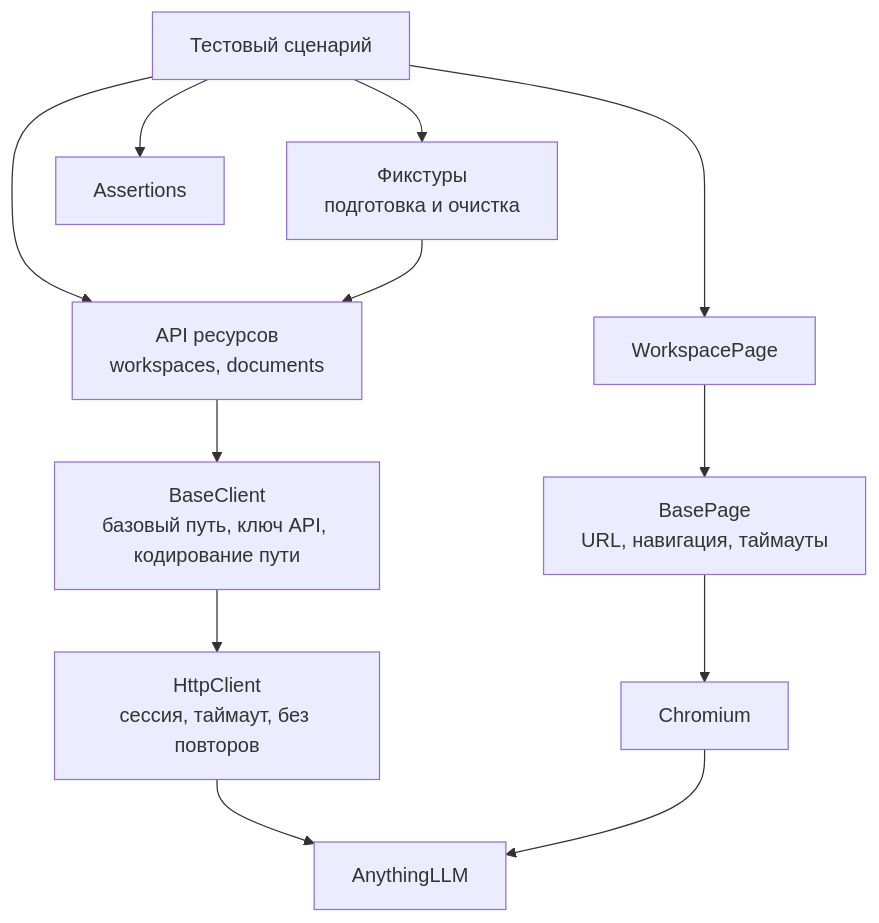
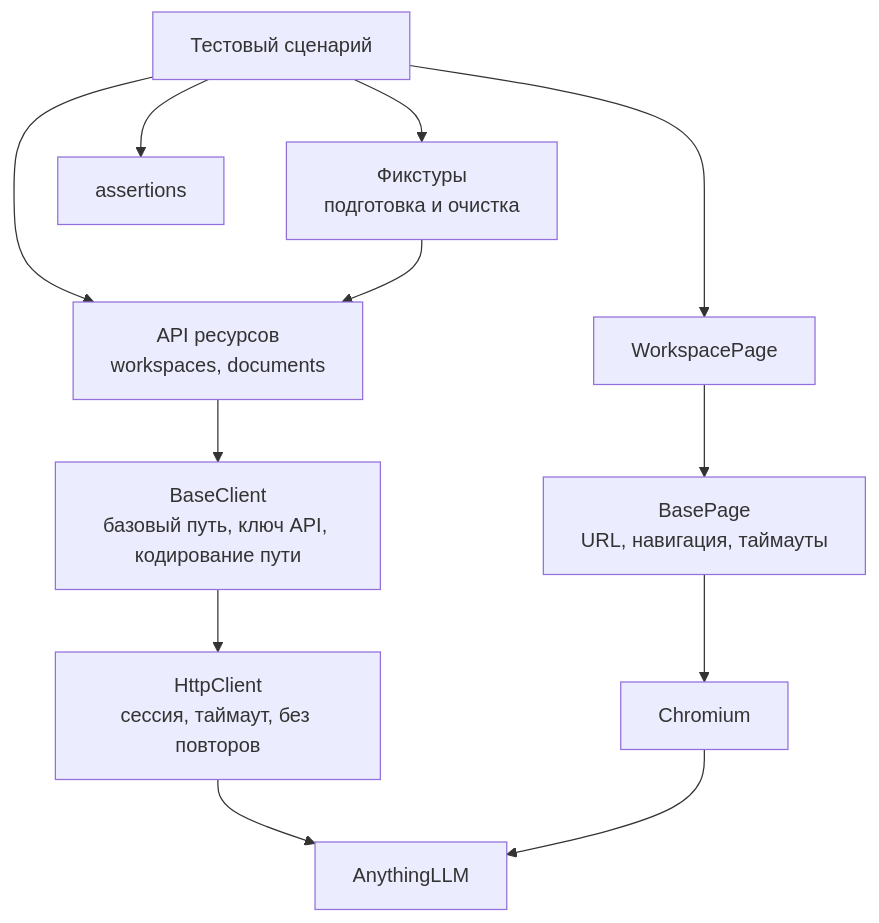
The diagram in docs/framework-onboarding.ru.md (karmise/local-llm-lab), drawn with Mermaid before and after one commit. The commit also changed other lines of this file and 4 other files, not shown here.

````diff
--- a/docs/framework-onboarding.ru.md
+++ b/docs/framework-onboarding.ru.md
@@ -97,14 +111,14 @@
 ```mermaid
 flowchart TB
     T[Тестовый сценарий] --> F[Фикстуры<br/>подготовка и очистка]
-    T --> C[Assertions]
+    T --> C[assertions]
     T --> API
     F --> API[API ресурсов<br/>workspaces, documents]
     API --> BC[BaseClient<br/>базовый путь, ключ API, кодирование пути]
     BC --> H[HttpClient<br/>сессия, таймаут, без повторов]
     H --> S[AnythingLLM]
     T --> P[WorkspacePage]
     P --> BP[BasePage<br/>URL, навигация, таймауты]
     BP --> B[Chromium]
     B --> S
 ```
````
